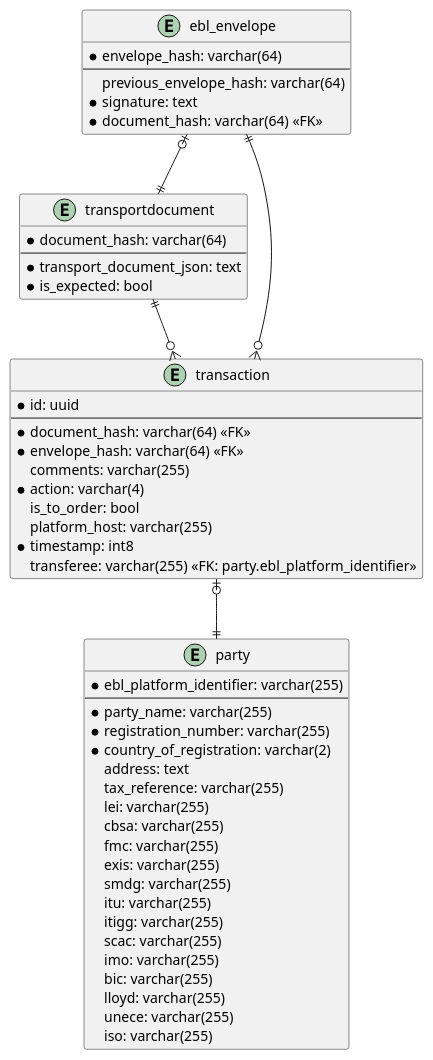
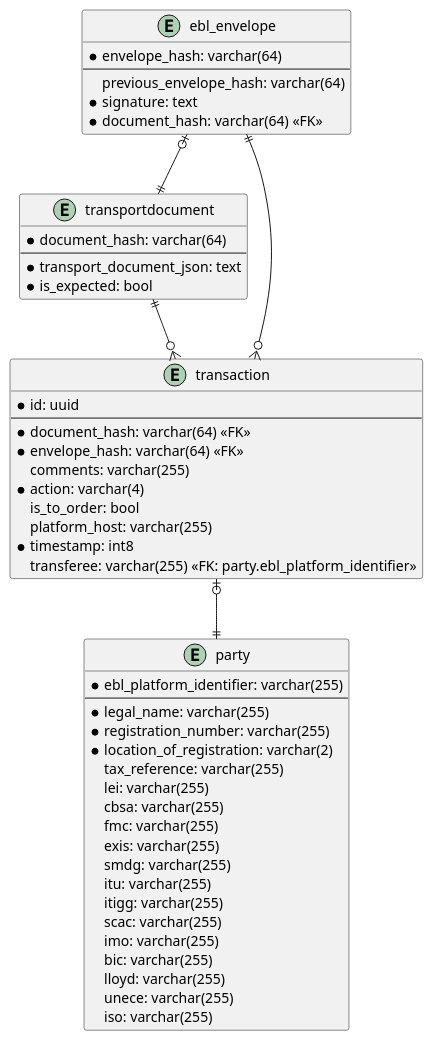
One commit to dcsaorg/DCSA-EBL-Envelope changed the diagram in specifications/plantuml/datamodel.puml. Above: the diagram before and after it, drawn with PlantUML. The commit also changed 5 other files, not shown here.

```diff
--- a/specifications/plantuml/datamodel.puml
+++ b/specifications/plantuml/datamodel.puml
@@ -1,58 +1,57 @@
 @startuml
   entity transportdocument {
     *document_hash: varchar(64)
     --
     *transport_document_json: text
     *is_expected: bool
   }
 
   entity ebl_envelope {
     *envelope_hash: varchar(64)
     --
     previous_envelope_hash: varchar(64)
     *signature: text
     *document_hash: varchar(64) <<FK>>
   }
 
   entity transaction {
     *id: uuid
     --
     *document_hash: varchar(64) <<FK>>
     *envelope_hash: varchar(64) <<FK>>
     comments: varchar(255)
     *action: varchar(4)
     is_to_order: bool
     platform_host: varchar(255)
     *timestamp: int8
     transferee: varchar(255) <<FK: party.ebl_platform_identifier>>
   }
 
   entity party {
     *ebl_platform_identifier: varchar(255)
     --
-    *party_name: varchar(255)
+    *legal_name: varchar(255)
     *registration_number: varchar(255)
-    *country_of_registration: varchar(2)
-    address: text
+    *location_of_registration: varchar(2)
     tax_reference: varchar(255)
     lei: varchar(255)
     cbsa: varchar(255)
     fmc: varchar(255)
     exis: varchar(255)
     smdg: varchar(255)
     itu: varchar(255)
     itigg: varchar(255)
     scac: varchar(255)
     imo: varchar(255)
     bic: varchar(255)
     lloyd: varchar(255)
     unece: varchar(255)
     iso: varchar(255)
   }
 
   ' relations
   ebl_envelope ||--o{ transaction
   ebl_envelope |o--|| transportdocument
   transportdocument ||--o{ transaction
   transaction |o--|| party
 @enduml
```
